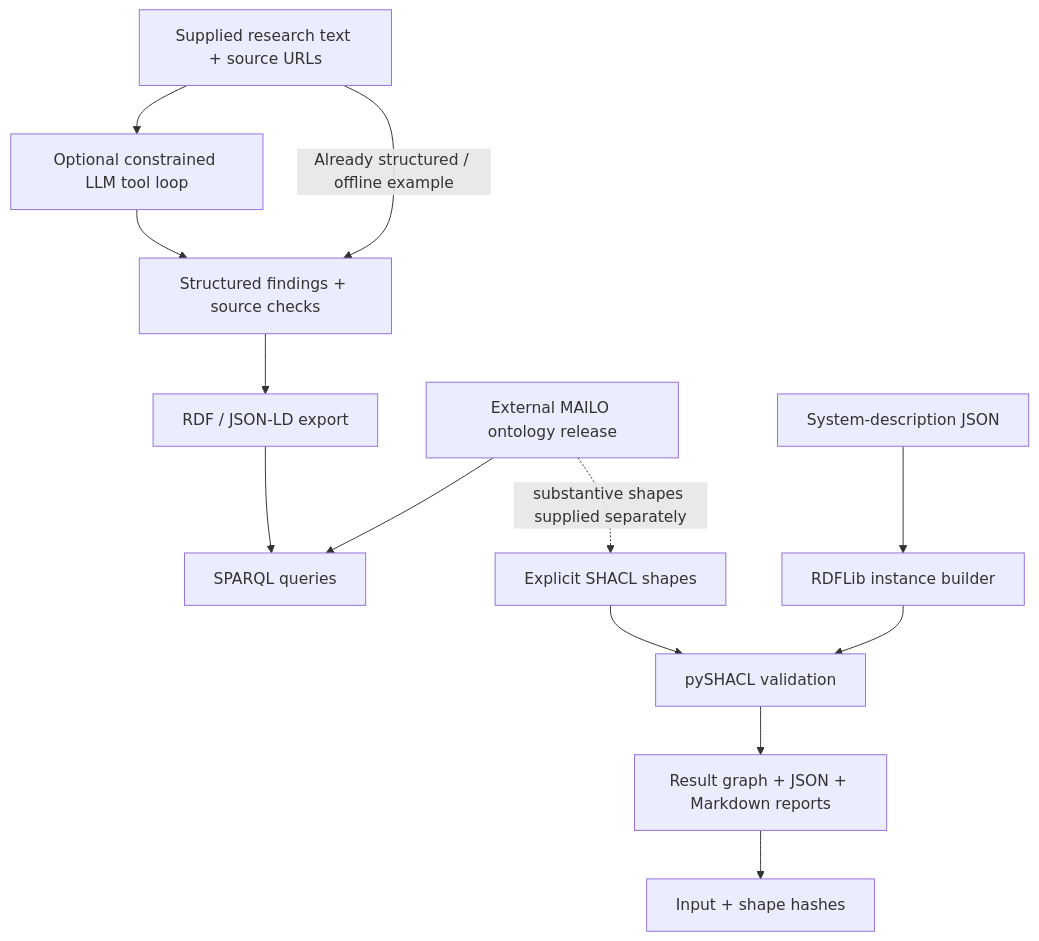
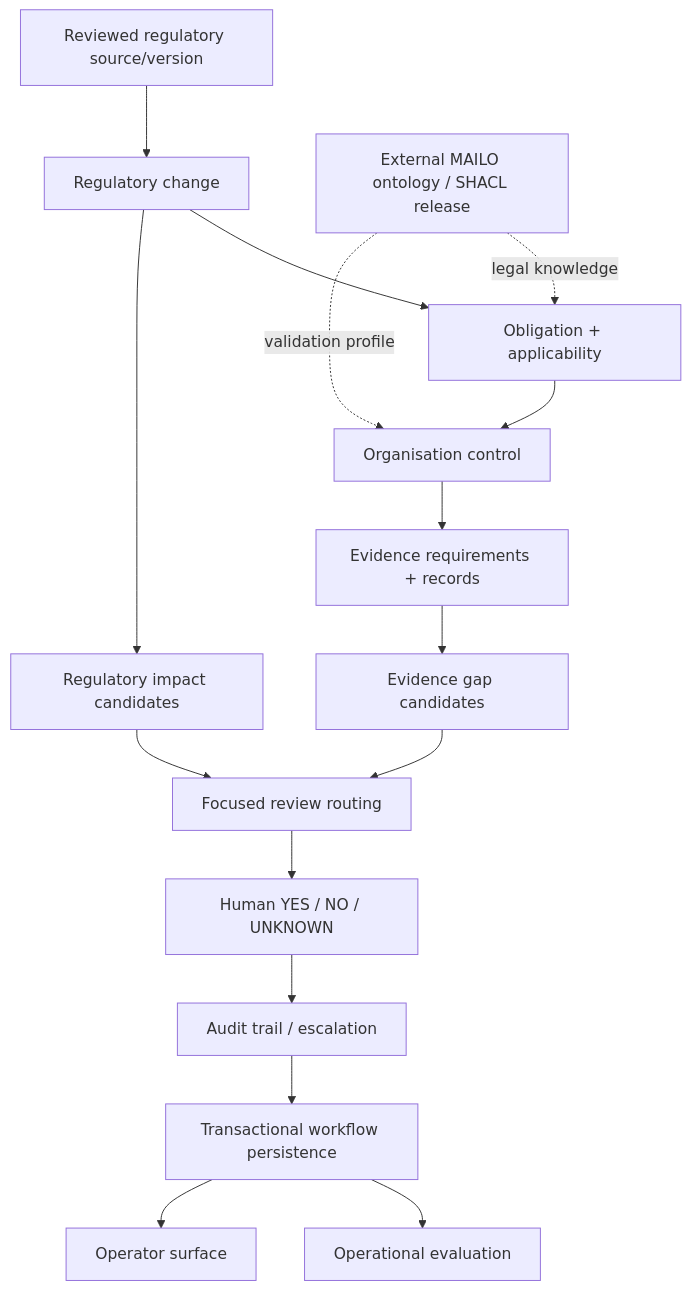
Before and after one commit to vrkkao-eng/mailo-legal-ai-engine: the diagram in README.md, drawn with Mermaid. The commit also changed other lines of this file and 12 other files, not shown here.

````diff
--- a/README.md
+++ b/README.md
@@ -62,19 +59,21 @@
 ```mermaid
 flowchart TD
-    A[Supplied research text + source URLs] --> B[Optional constrained LLM tool loop]
-    B --> C[Structured findings + source checks]
-    A -->|Already structured / offline example| C
+    S[Reviewed regulatory source/version] --> C[Regulatory change]
+    C --> O[Obligation + applicability]
+    O --> K[Organisation control]
+    K --> E[Evidence requirements + records]
 
-    C --> D[RDF / JSON-LD export]
-    D --> E[SPARQL queries]
+    E --> G[Evidence gap candidates]
+    C --> I[Regulatory impact candidates]
+    G --> R[Focused review routing]
+    I --> R
 
-    F[System-description JSON] --> G[RDFLib instance builder]
-    H[Explicit SHACL shapes] --> I[pySHACL validation]
-    G --> I
+    R --> H[Human YES / NO / UNKNOWN]
+    H --> A[Audit trail / escalation]
+    A --> P[Transactional workflow persistence]
+    P --> X[Operational evaluation]
+    P --> U[Operator surface]
 
-    I --> J[Result graph + JSON + Markdown reports]
-    J --> K[Input + shape hashes]
-
-    L[External MAILO ontology release] --> E
-    L -. substantive shapes supplied separately .-> H
+    M[External MAILO ontology / SHACL release] -. legal knowledge .-> O
+    M -. validation profile .-> K
 ```
````
